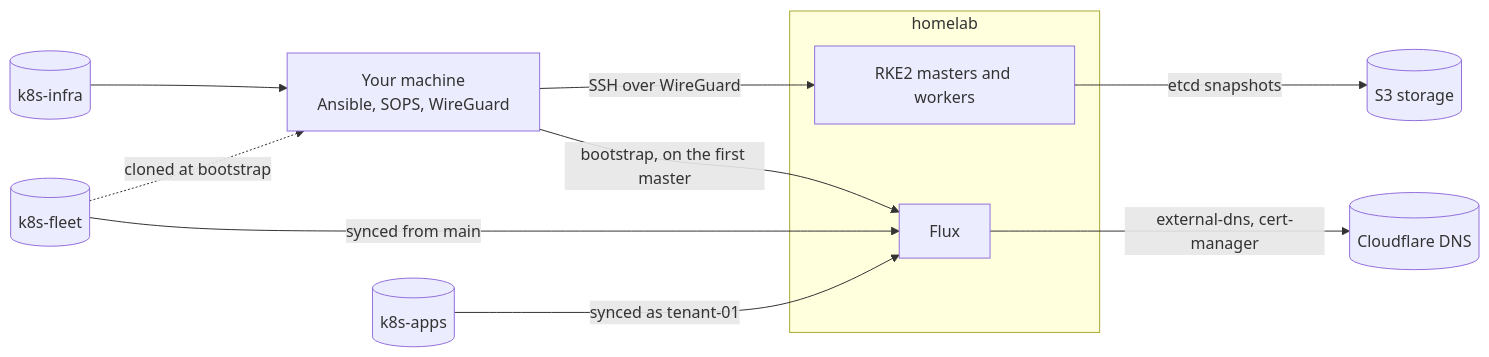
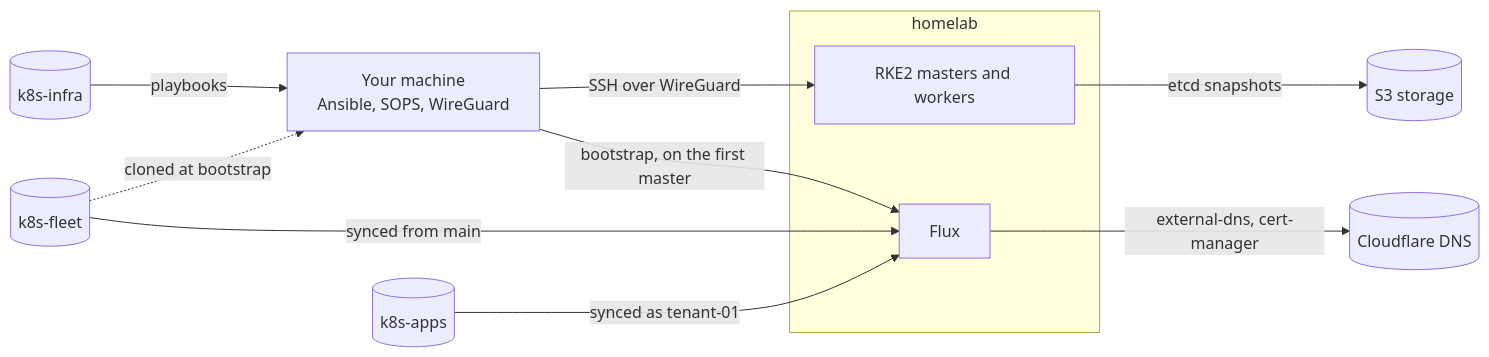
One commit to nathansiegfrid/k8s-infra changed the diagram in ONBOARDING.md. Above: the diagram before and after it, drawn with Mermaid.

Commit message:
docs: ONBOARDING's diagram renders the same on GitHub
GitHub's Mermaid renderer put k8s-infra in a column of its own instead
of beside k8s-fleet, though VS Code's preview was right. The two edges
into "Your machine" were of different kinds: k8s-fleet's had a label and
k8s-infra's didn't, and GitHub lays labeled and unlabeled edges out at
different lengths. k8s-infra's edge gets a label too, "playbooks".

Declaring the nodes before the edges didn't change GitHub's layout, so
the diagram goes back to declaring them inside the edges.

````diff
--- a/ONBOARDING.md
+++ b/ONBOARDING.md
@@ -15,21 +15,15 @@
 ```mermaid
 flowchart LR
   subgraph cluster["homelab"]
     nodes["RKE2 masters and workers"]
     flux["Flux"]
   end
-  infra[(k8s-infra)]
-  fleet[(k8s-fleet)]
-  apps[(k8s-apps)]
-  you["Your machine<br>Ansible, SOPS, WireGuard"]
-  s3[(S3 storage)]
-  dns[(Cloudflare DNS)]
-  infra --> you
-  fleet -.->|cloned at bootstrap| you
+  infra[(k8s-infra)] -->|playbooks| you["Your machine<br>Ansible, SOPS, WireGuard"]
+  fleet[(k8s-fleet)] -.->|cloned at bootstrap| you
   you -->|SSH over WireGuard| nodes
   you -->|bootstrap, on the first master| flux
   fleet -->|synced from main| flux
-  apps -->|synced as tenant-01| flux
-  nodes -->|etcd snapshots| s3
-  flux -->|external-dns, cert-manager| dns
+  apps[(k8s-apps)] -->|synced as tenant-01| flux
+  nodes -->|etcd snapshots| s3[(S3 storage)]
+  flux -->|external-dns, cert-manager| dns[(Cloudflare DNS)]
 ```
````
